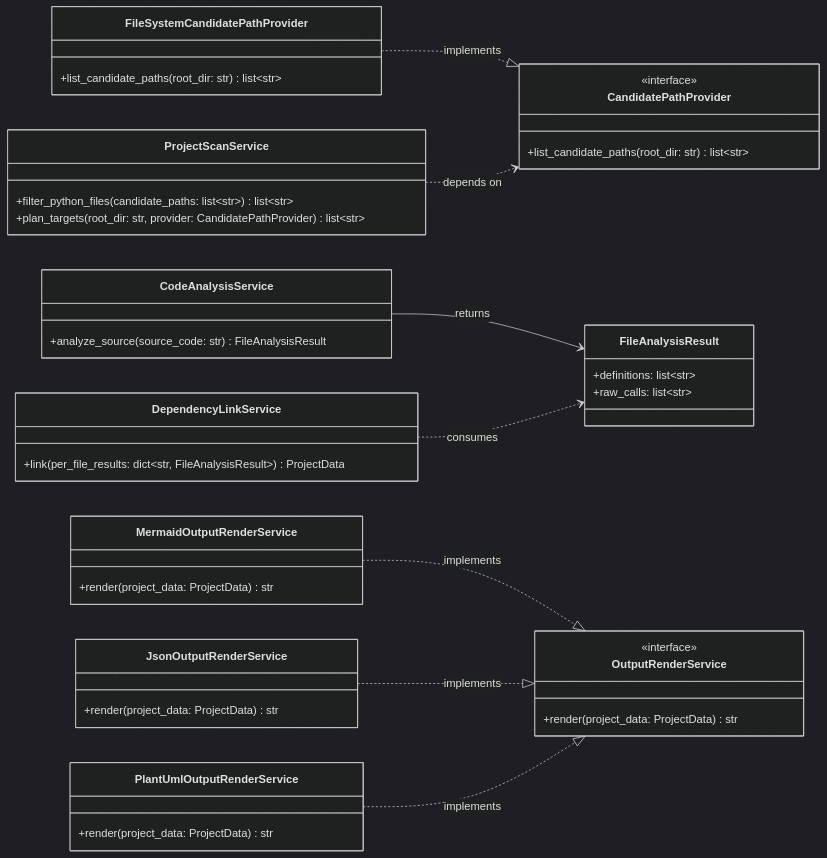
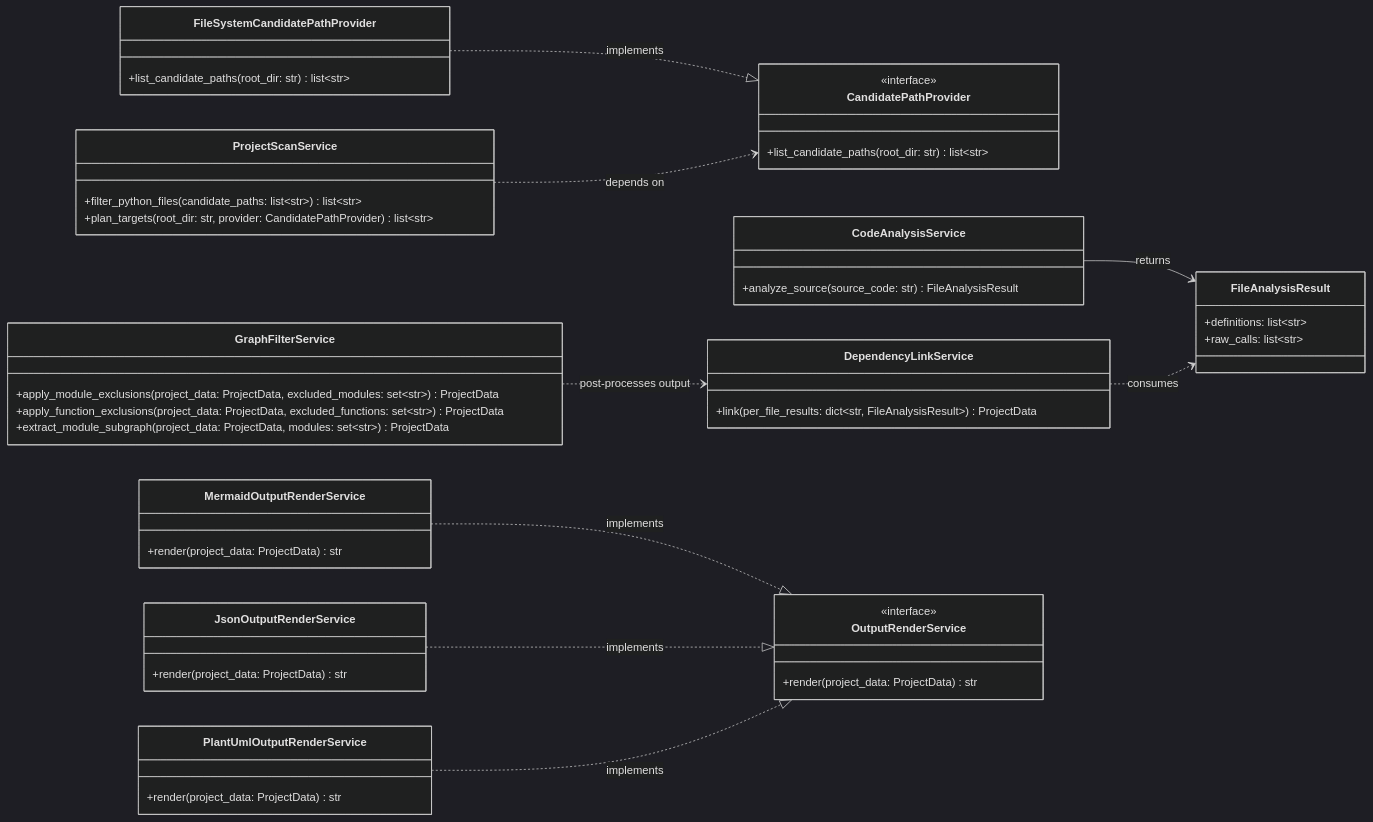
Before and after one commit to RC-diamond-GH/py-project-analyzer: the diagram in prototype/global_class_diagram.md, drawn with Mermaid (dark theme). The commit also changed 5 other files, not shown here.

First line of the commit message:
feat: add graph filtering and subgraph extraction in CLI

````diff
--- a/prototype/global_class_diagram.md
+++ b/prototype/global_class_diagram.md
@@ -1,57 +1,64 @@
 ```mermaid
 classDiagram
     direction LR
 
     class CandidatePathProvider {
         <<interface>>
         +list_candidate_paths(root_dir: str) list~str~
     }
 
     class FileSystemCandidatePathProvider {
         +list_candidate_paths(root_dir: str) list~str~
     }
 
     class ProjectScanService {
         +filter_python_files(candidate_paths: list~str~) list~str~
         +plan_targets(root_dir: str, provider: CandidatePathProvider) list~str~
     }
 
     class CodeAnalysisService {
         +analyze_source(source_code: str) FileAnalysisResult
     }
 
     class FileAnalysisResult {
         +definitions: list~str~
         +raw_calls: list~str~
     }
 
     class DependencyLinkService {
         +link(per_file_results: dict~str, FileAnalysisResult~) ProjectData
     }
 
+    class GraphFilterService {
+        +apply_module_exclusions(project_data: ProjectData, excluded_modules: set~str~) ProjectData
+        +apply_function_exclusions(project_data: ProjectData, excluded_functions: set~str~) ProjectData
+        +extract_module_subgraph(project_data: ProjectData, modules: set~str~) ProjectData
+    }
+
     class OutputRenderService {
         <<interface>>
         +render(project_data: ProjectData) str
     }
 
     class MermaidOutputRenderService {
         +render(project_data: ProjectData) str
     }
 
     class JsonOutputRenderService {
         +render(project_data: ProjectData) str
     }
 
     class PlantUmlOutputRenderService {
         +render(project_data: ProjectData) str
     }
 
     MermaidOutputRenderService ..|> OutputRenderService : implements
     JsonOutputRenderService ..|> OutputRenderService : implements
     PlantUmlOutputRenderService ..|> OutputRenderService : implements
 
     FileSystemCandidatePathProvider ..|> CandidatePathProvider : implements
     ProjectScanService ..> CandidatePathProvider : depends on
     CodeAnalysisService --> FileAnalysisResult : returns
     DependencyLinkService ..> FileAnalysisResult : consumes
+    GraphFilterService ..> DependencyLinkService : post-processes output
 ```
````
